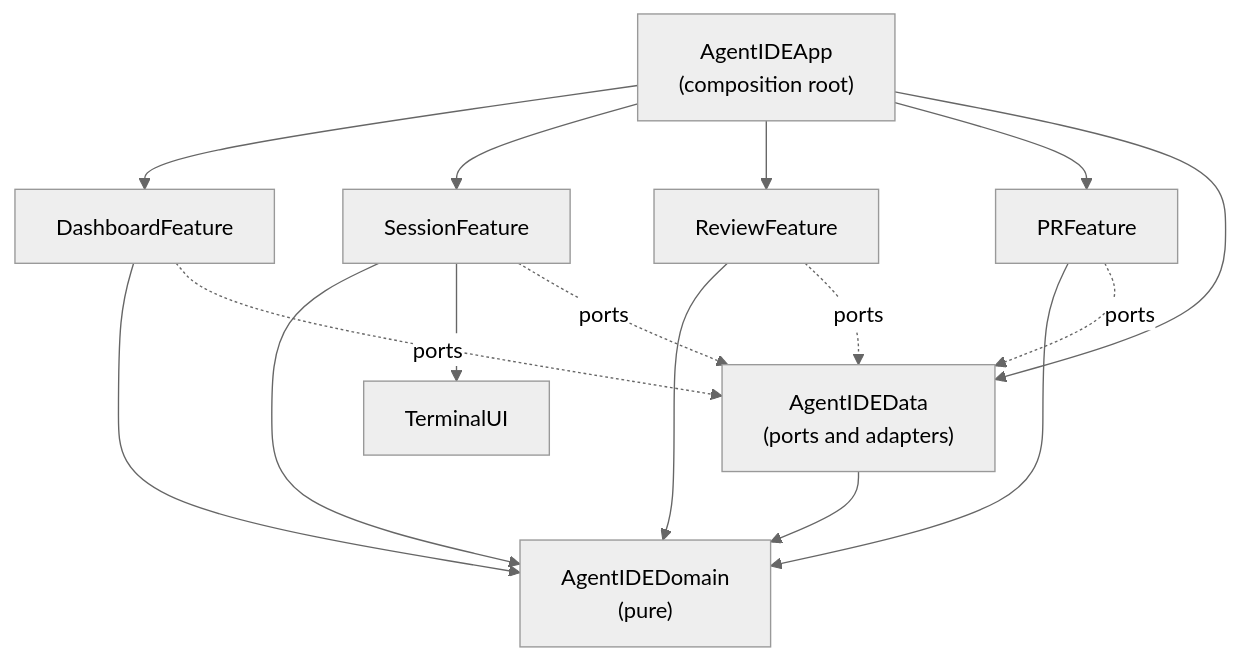
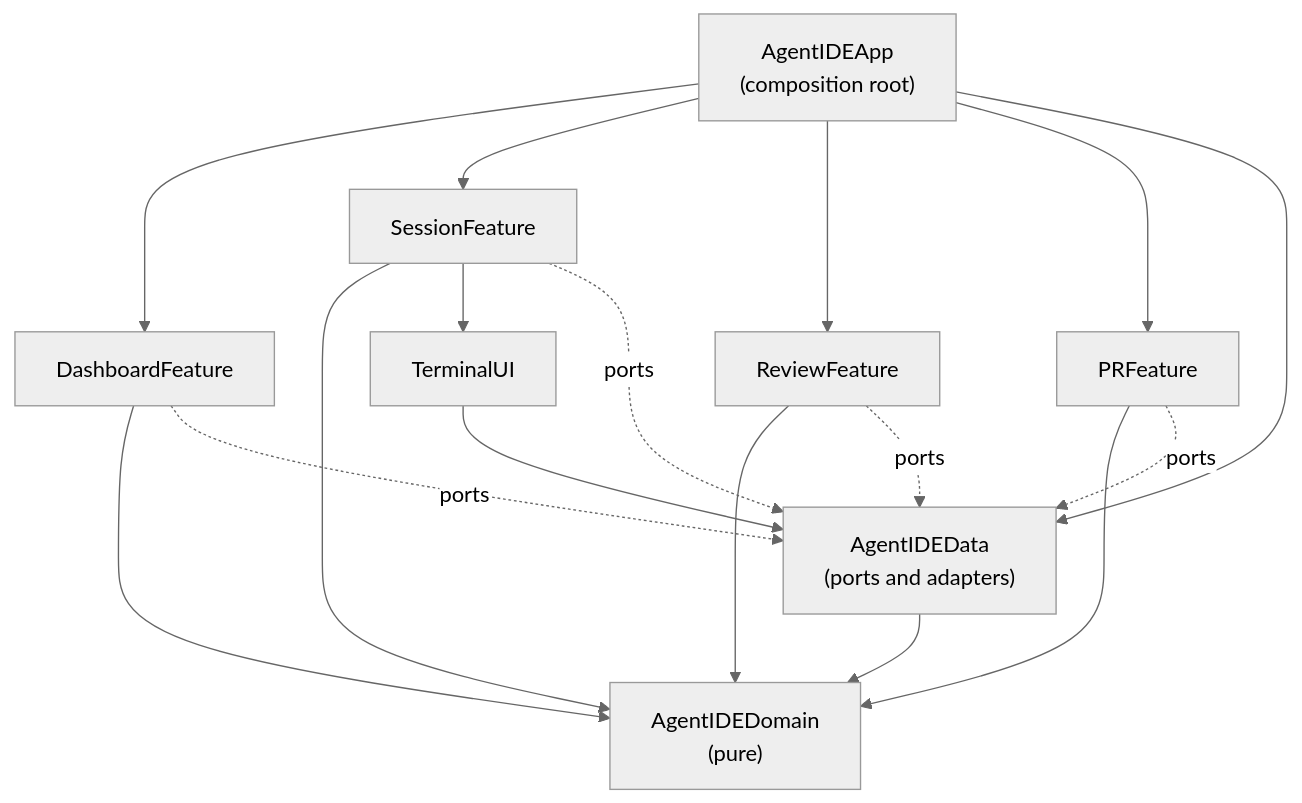
One commit to MikeMcQuaid/AgentIDE changed the second of 2 diagrams in ARCHITECTURE.md. Above: the diagram before and after it, drawn with Mermaid (neutral theme). The commit also changed other lines of this file and 13 other files, not shown here.

````diff
--- a/ARCHITECTURE.md
+++ b/ARCHITECTURE.md
@@ -210,23 +220,24 @@
 ```mermaid
 flowchart TD
     App["AgentIDEApp<br/>(composition root)"]
     Dashboard["DashboardFeature"]
     Session["SessionFeature"]
     Review["ReviewFeature"]
     PR["PRFeature"]
     Terminal["TerminalUI"]
     Data["AgentIDEData<br/>(ports and adapters)"]
     Domain["AgentIDEDomain<br/>(pure)"]
 
     App --> Dashboard & Session & Review & PR & Data
     Dashboard --> Domain
     Session --> Domain
     Review --> Domain
     PR --> Domain
     Session --> Terminal
+    Terminal --> Data
     Dashboard -.->|ports| Data
     Session -.->|ports| Data
     Review -.->|ports| Data
     PR -.->|ports| Data
     Data --> Domain
 ```
````
